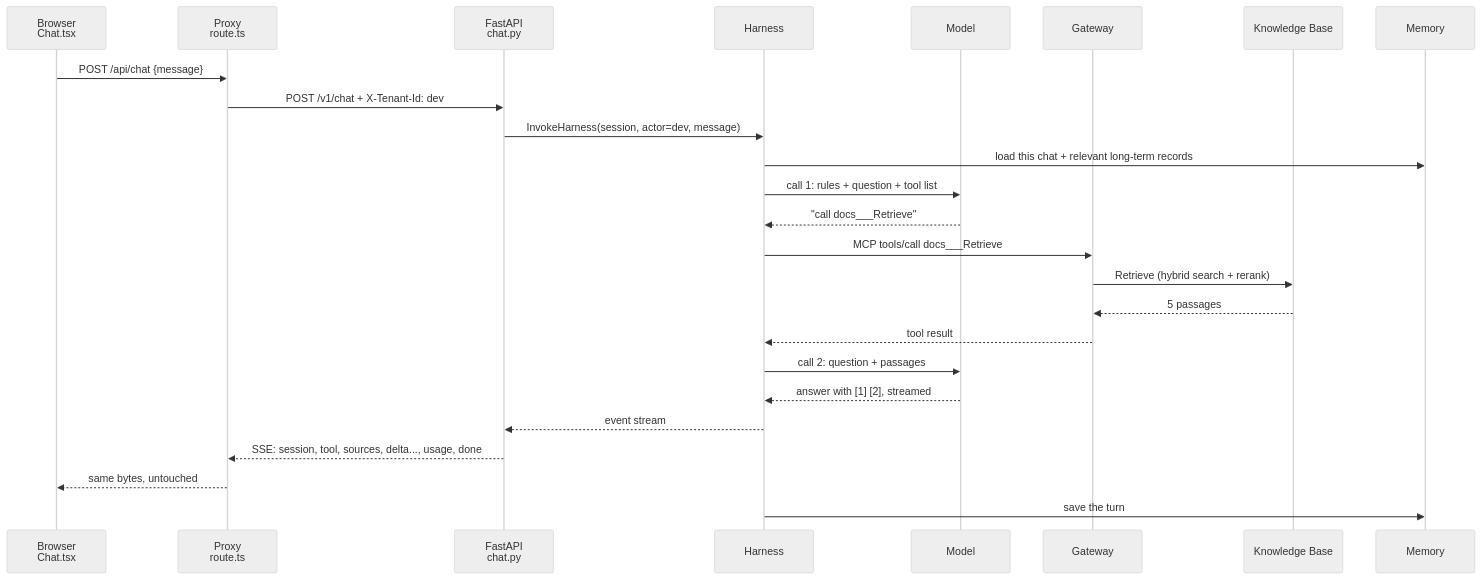
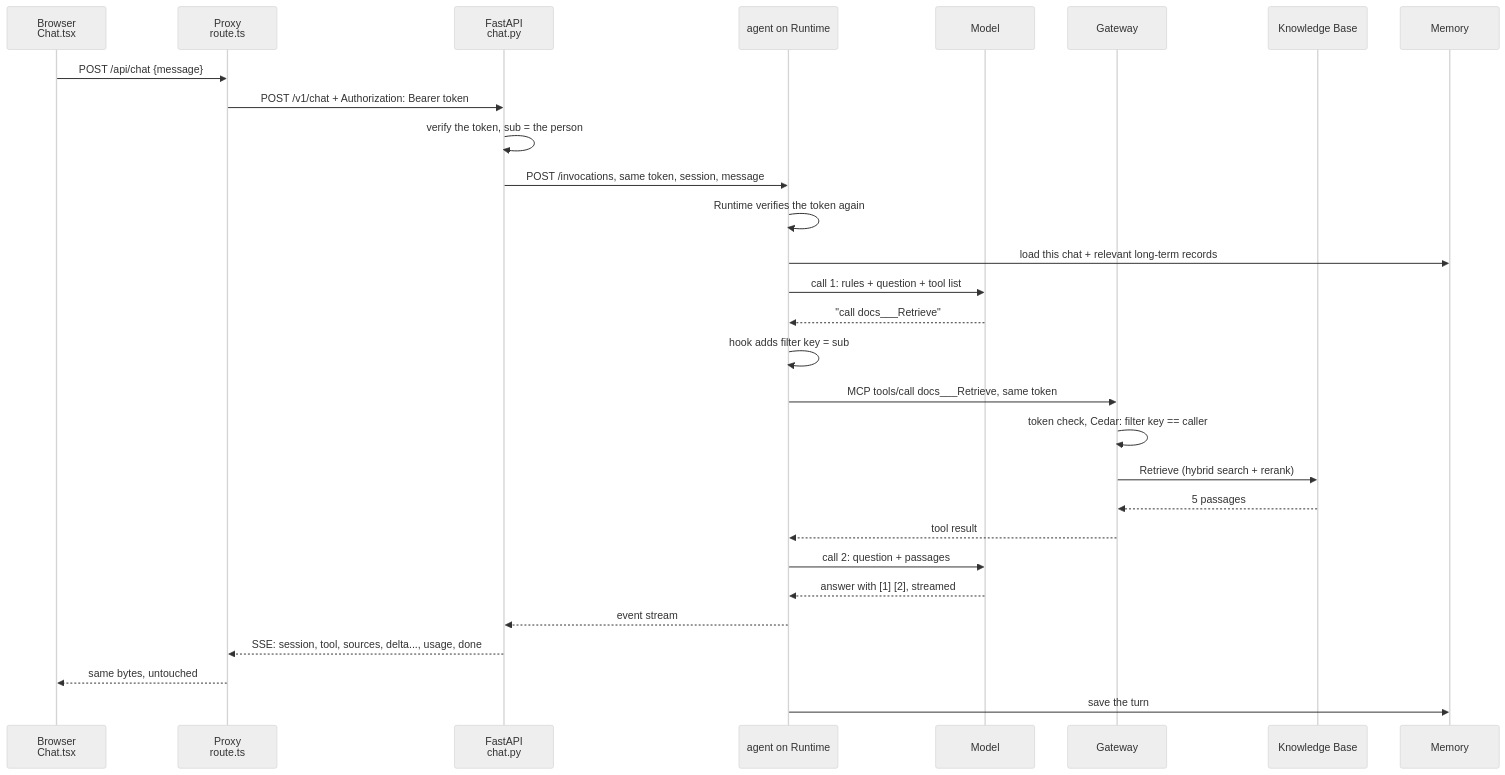
Before and after one commit to yashzord/Docs_Copilot: diagram 20 of 21 in docs/course.md, drawn with Mermaid (neutral theme). The commit also changed other lines of this file and 5 other files, not shown here.

First line of the commit message:
docs: course, README and demo for the login, the Runtime agent and the Cedar policy

````diff
--- a/docs/course.md
+++ b/docs/course.md
@@ -2444,27 +2510,31 @@
 ```mermaid
 sequenceDiagram
     participant B as Browser<br/>Chat.tsx
     participant P as Proxy<br/>route.ts
     participant F as FastAPI<br/>chat.py
-    participant H as Harness
+        participant H as agent on Runtime
     participant M as Model
     participant G as Gateway
     participant K as Knowledge Base
     participant Me as Memory
     B->>P: POST /api/chat {message}
-    P->>F: POST /v1/chat + X-Tenant-Id: dev
-    F->>H: InvokeHarness(session, actor=dev, message)
+        P->>F: POST /v1/chat + Authorization: Bearer token
+    F->>F: verify the token, sub = the person
+    F->>H: POST /invocations, same token, session, message
+    H->>H: Runtime verifies the token again
     H->>Me: load this chat + relevant long-term records
     H->>M: call 1: rules + question + tool list
     M-->>H: "call docs___Retrieve"
-    H->>G: MCP tools/call docs___Retrieve
+        H->>H: hook adds filter key = sub
+    H->>G: MCP tools/call docs___Retrieve, same token
+    G->>G: token check, Cedar: filter key == caller
     G->>K: Retrieve (hybrid search + rerank)
     K-->>G: 5 passages
     G-->>H: tool result
     H->>M: call 2: question + passages
     M-->>H: answer with [1] [2], streamed
     H-->>F: event stream
     F-->>P: SSE: session, tool, sources, delta..., usage, done
     P-->>B: same bytes, untouched
     H->>Me: save the turn
 ```
````
